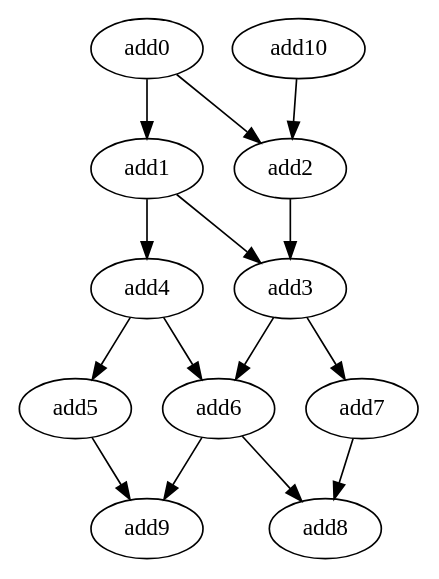
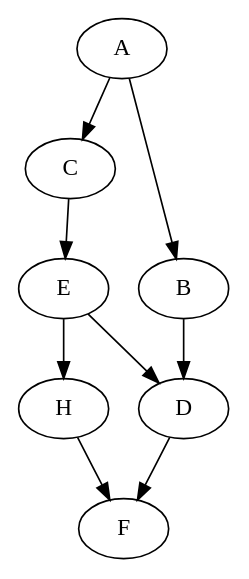
Before and after one commit to DuduO6/YOTO: the diagram in exemplo.dot, drawn with Graphviz. The commit also changed 3 other files, not shown here.

```diff
--- a/exemplo.dot
+++ b/exemplo.dot
@@ -1,16 +1,16 @@
-digraph {
-    add0 -> add1;
-    add0 -> add2;
-    add1 -> add3;
-    add2 -> add3;
-    add1 -> add4;
-    add4 -> add6;
-    add3 -> add6;
-    add4 -> add5;
-    add3 -> add7;
-    add5 -> add9;
-    add6 -> add9;
-    add6 -> add8;
-    add7 -> add8;
-    add10 -> add2;  
+digraph G {
+    // duas fontes
+    A -> C;
+    A -> B;
+
+    // ramos paralelos
+    C -> E;
+    E -> H;
+
+    B -> D;
+    D -> F;
+
+    // reconvergências (cruzamentos entre os ramos)
+    E -> D;   // reconvergência 1
+    H -> F;   // reconvergência 2
 }
```
